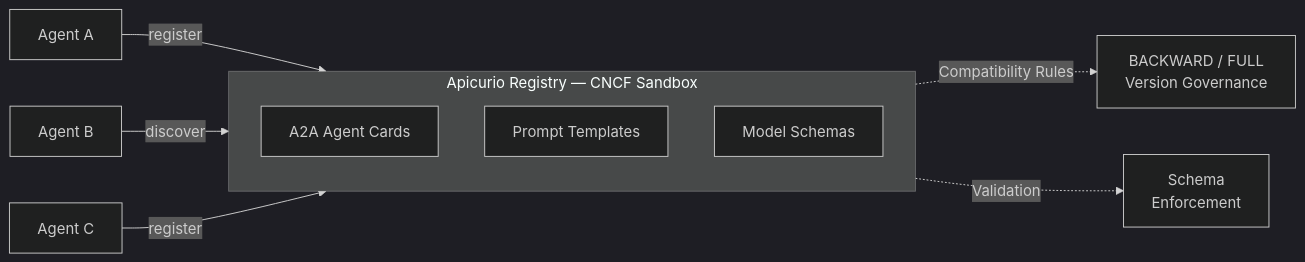
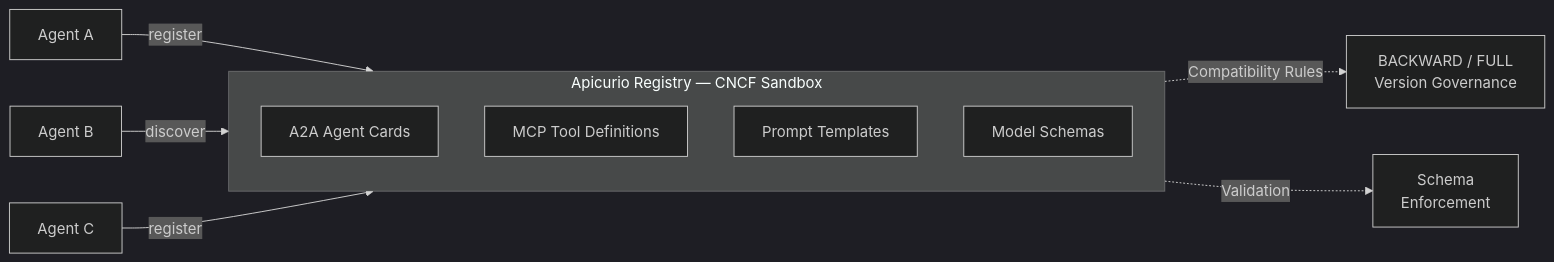
The diagram in README.md (carlesarnal/agent-discovery-demo), drawn with Mermaid (dark theme) before and after one commit. The commit also changed other lines of this file and 4 other files, not shown here.

````diff
--- a/README.md
+++ b/README.md
@@ -17,15 +18,16 @@
 ```mermaid
 graph LR
     AgentA[Agent A] -->|register| Registry
     AgentB[Agent B] -->|discover| Registry
     AgentC[Agent C] -->|register| Registry
 
     subgraph Registry[Apicurio Registry — CNCF Sandbox]
         Cards[A2A Agent Cards]
+        MCP[MCP Tool Definitions]
         Prompts[Prompt Templates]
         Models[Model Schemas]
     end
 
     Registry -.->|Compatibility Rules| Rules[BACKWARD / FULL\nVersion Governance]
     Registry -.->|Validation| Valid[Schema\nEnforcement]
 ```
````
